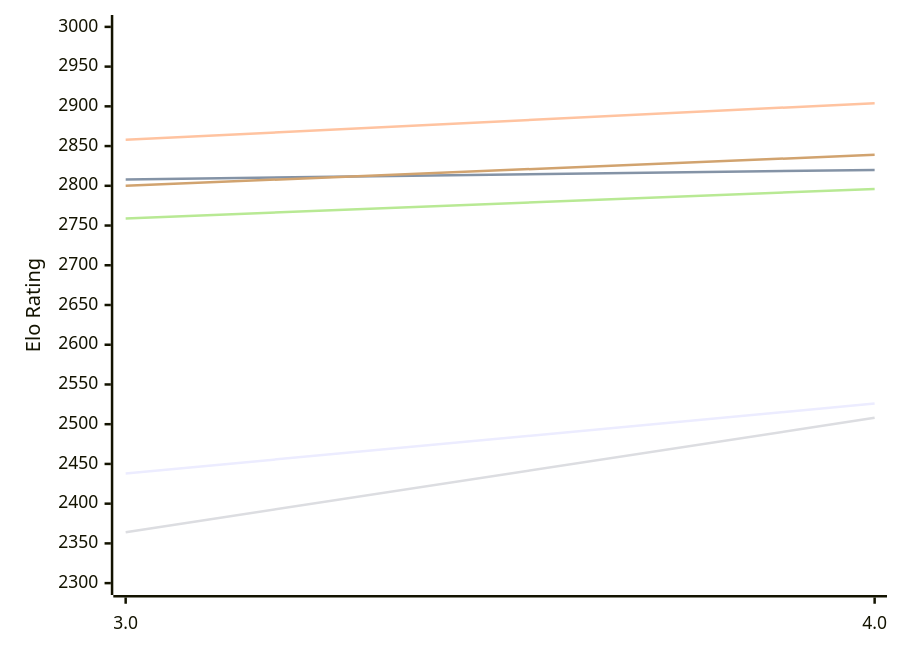
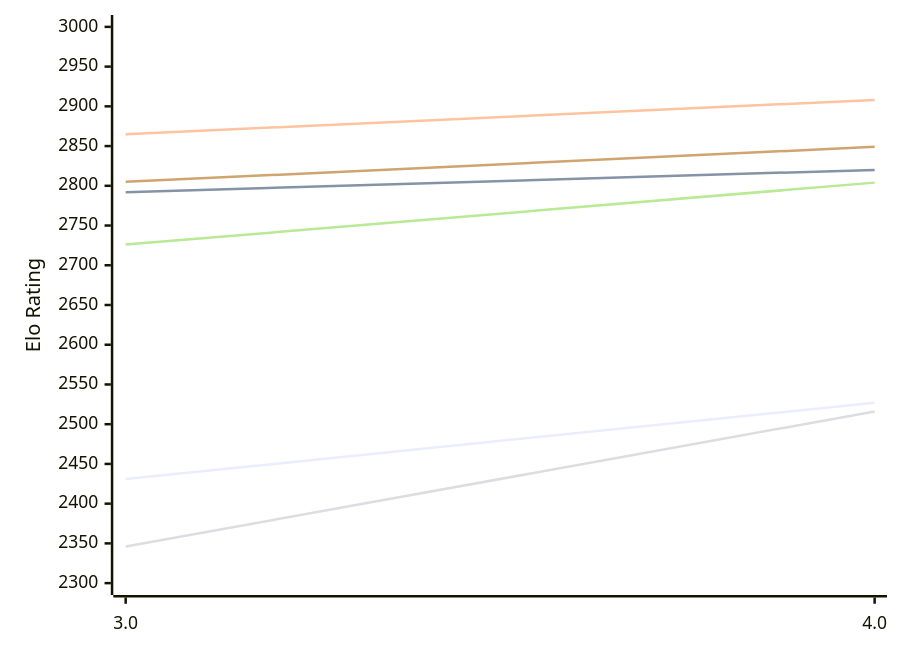
Before and after one commit to computer-chess-index/cci: the first of 2 diagrams in engines/Chess3.md, drawn with Mermaid. The commit also changed other lines of this file, not shown here.

Commit message:
Update CCI Ratings (ELO VLTC) - 2026-11-25

````diff
--- a/engines/Chess3.md
+++ b/engines/Chess3.md
@@ -50,12 +50,12 @@
 ```mermaid
 %%{init: {"theme":"base","themeVariables":{"seriesColors:['#a3a3a3','#222221','#faa371']}}}%%
 xychart-beta
   x-axis ["3.0", "4.0"]
   y-axis "Elo Rating" 2300 --> 3000
-  line "E1: STC (8.0+0.08s)" [2438, 2526]
-  line "E1: LTC (60.0+0.60s)" [2808, 2820]
-  line "E1: VLTC (2m24s+1.12s)" [2858, 2904]
-  line "P1: STC (8.0+0.08s)" [2364, 2508]
-  line "P1: LTC (60.0+0.60s)" [2759, 2796]
-  line "P1: VLTC (2m24s+1.12s)" [2800, 2839]
+  line "E1: STC (8.0+0.08s)" [2431, 2527]
+  line "E1: LTC (60.0+0.60s)" [2792, 2820]
+  line "E1: VLTC (2m24s+1.12s)" [2865, 2908]
+  line "P1: STC (8.0+0.08s)" [2346, 2516]
+  line "P1: LTC (60.0+0.60s)" [2726, 2804]
+  line "P1: VLTC (2m24s+1.12s)" [2805, 2849]
 ```
````
